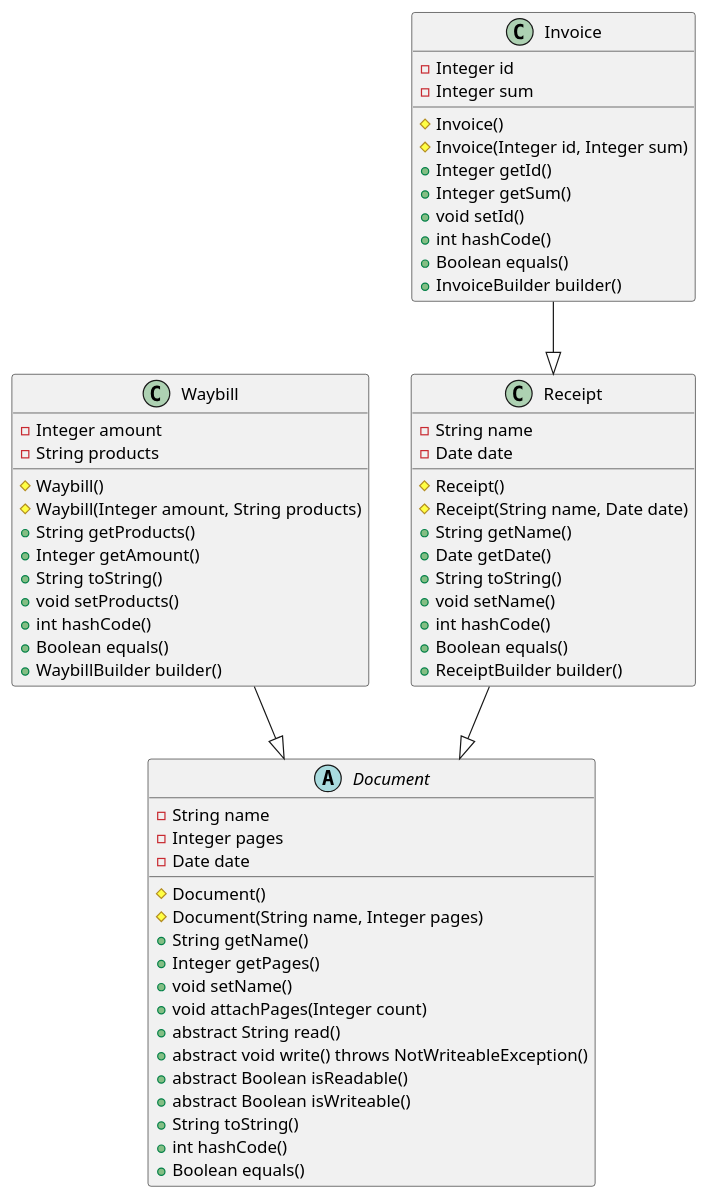
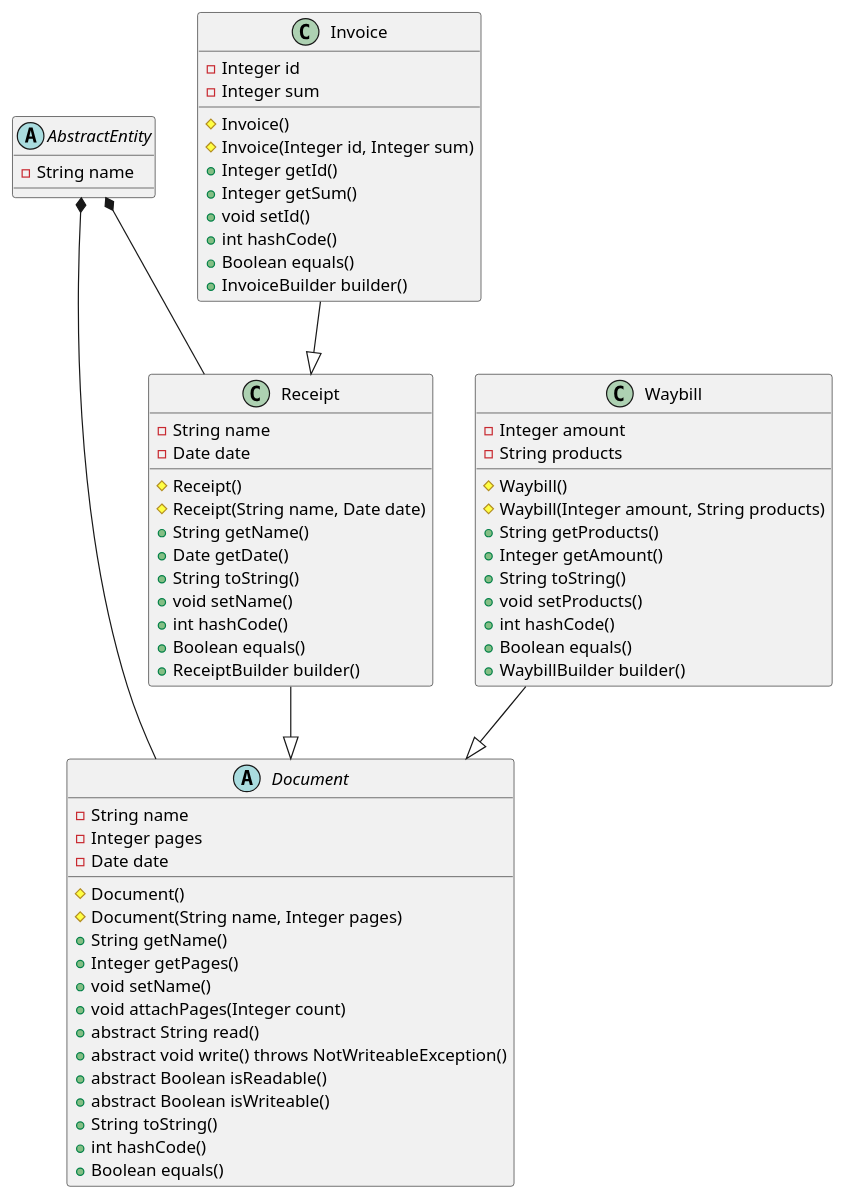
One commit to pogozhevilya/cinema_proj changed the diagram in src/week11.puml. Above: the diagram before and after it, drawn with PlantUML. The commit also changed 1 other file, not shown here.

Commit message:
added changes for uml-diagrams

```diff
--- a/src/week11.puml
+++ b/src/week11.puml
@@ -1,63 +1,67 @@
 @startuml
-
+abstract class AbstractEntity{
+- String name
+}
 abstract class Document {
     - String name
     - Integer pages
     - Date date
     # Document()
     # Document(String name, Integer pages)
     + String getName()
     + Integer getPages()
     + void setName()
     + void attachPages(Integer count)
     + abstract String read()
     + abstract void write() throws NotWriteableException()
     + abstract Boolean isReadable()
     + abstract Boolean isWriteable()
     + String toString()
     + int hashCode()
     + Boolean equals()
 }
 class Waybill{
     - Integer amount
     - String products
     # Waybill()
     # Waybill(Integer amount, String products)
     + String getProducts()
     + Integer getAmount()
     + String toString()
     + void setProducts()
     + int hashCode()
     + Boolean equals()
     + WaybillBuilder builder()
 }
 class Receipt {
     - String name
     - Date date
     # Receipt()
     # Receipt(String name, Date date)
     + String getName()
     + Date getDate()
     + String toString()
     + void setName()
     + int hashCode()
     + Boolean equals()
     + ReceiptBuilder builder()
 }
 class Invoice {
     - Integer id
     - Integer sum
     # Invoice()
     # Invoice(Integer id, Integer sum)
     + Integer getId()
     + Integer getSum()
     + void setId()
     + int hashCode()
     + Boolean equals()
     + InvoiceBuilder builder()
 }
 
 Invoice --|> Receipt
 Receipt --|> Document
 Waybill --|> Document
+AbstractEntity *-- Document
+AbstractEntity *-- Receipt
 @enduml
```
